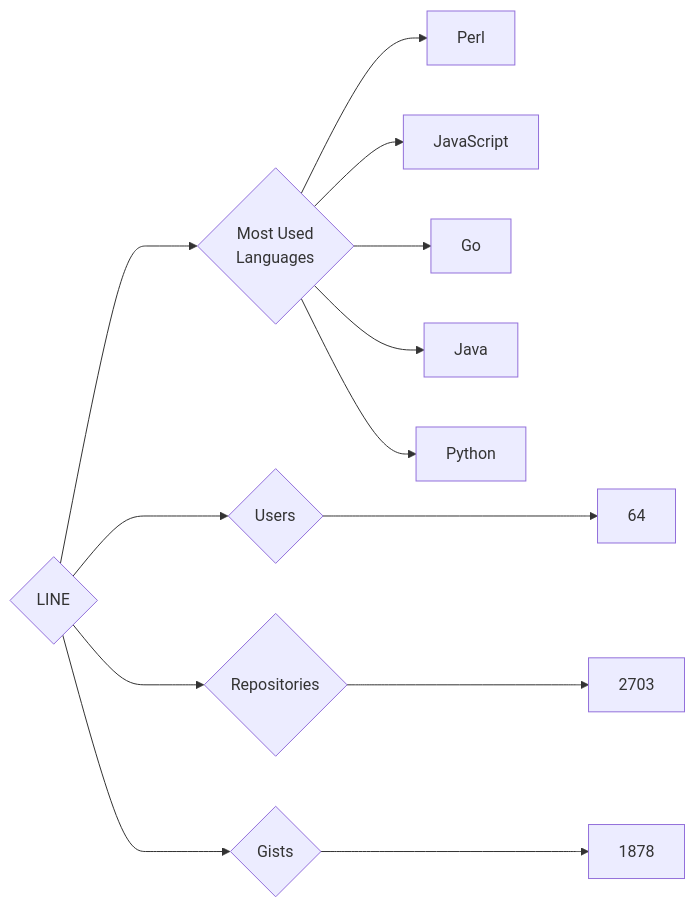
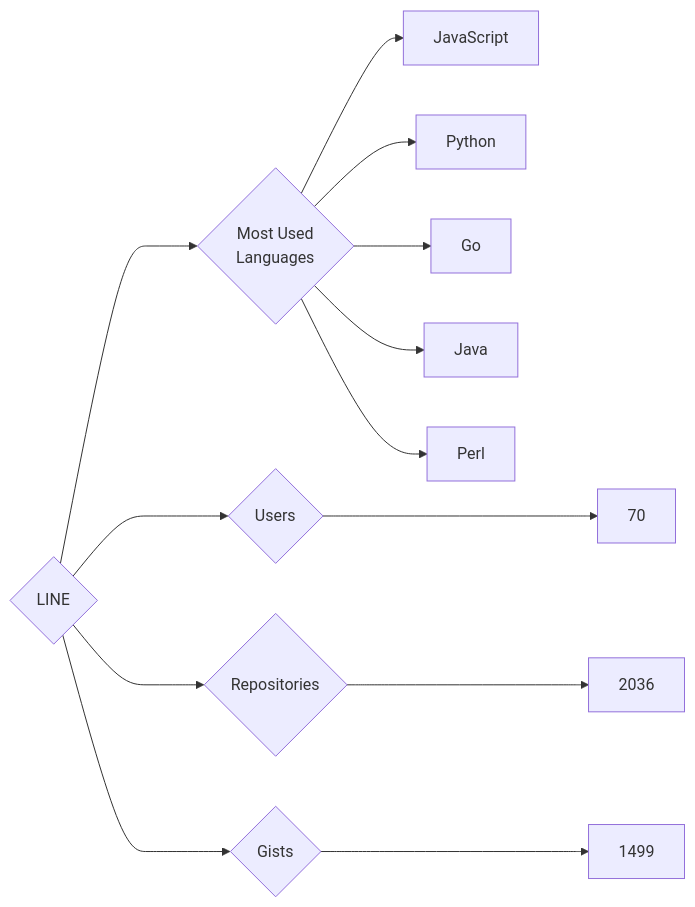
One commit to trickest/insiders changed the diagram in targets/LINE/README.md. Above: the diagram before and after it, drawn with Mermaid. The commit also changed 823 other files, not shown here.

````diff
--- a/targets/LINE/README.md
+++ b/targets/LINE/README.md
@@ -3,13 +3,13 @@
 ```mermaid
 graph LR
 COMPANY_NAME{LINE}
-COMPANY_NAME ---> U{Users} ---> UN[64]
-COMPANY_NAME ---> R{Repositories} ---> RN[2703]
-COMPANY_NAME ---> G{Gists} ---> GN[1878]
+COMPANY_NAME ---> U{Users} ---> UN[70]
+COMPANY_NAME ---> R{Repositories} ---> RN[2036]
+COMPANY_NAME ---> G{Gists} ---> GN[1499]
 COMPANY_NAME ---> ML{Most Used<br>Languages}
-ML --> Perl[Perl]
 ML --> JavaScript[JavaScript]
+ML --> Python[Python]
 ML --> Go[Go]
 ML --> Java[Java]
-ML --> Python[Python]
+ML --> Perl[Perl]
 ```
````
